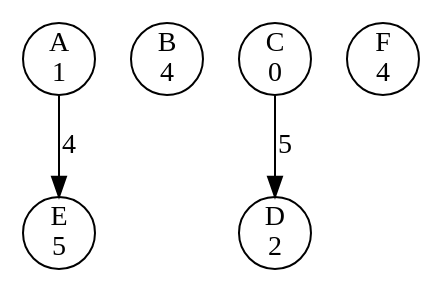
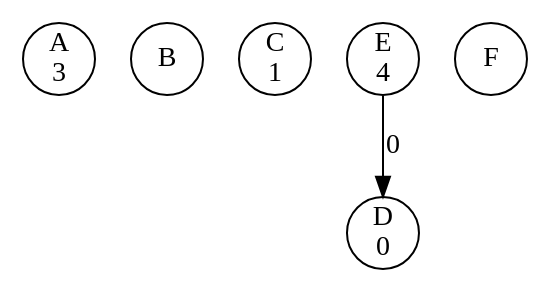
Before and after one commit to li23179/GO: the diagram in concurrency-lab-2/bank/out/0000000024.gv, drawn with Graphviz. The commit also changed 110 other files, not shown here.

```diff
--- a/concurrency-lab-2/bank/out/0000000024.gv
+++ b/concurrency-lab-2/bank/out/0000000024.gv
@@ -1,10 +1,9 @@
 digraph bank {
-	 0 [label= "A\n1" , pos= "1,0!" , shape=circle, fixedsize=true, width=0.5 ]
-	 1 [label= "B\n4" , pos= "0,1!" , shape=circle, fixedsize=true, width=0.5 ]
-	 2 [label= "C\n0" , pos= "1,2!" , shape=circle, fixedsize=true, width=0.5 ]
-	 3 [label= "D\n2" , pos= "2,2!" , shape=circle, fixedsize=true, width=0.5 ]
-	 4 [label= "E\n5" , pos= "3,1!" , shape=circle, fixedsize=true, width=0.5 ]
-	 5 [label= "F\n4" , pos= "2,0!" , shape=circle, fixedsize=true, width=0.5 ]
-	 "2" -> "3" [label= "5" ]
-	 "0" -> "4" [label= "4" ]
+	 0 [label= "A\n3" , pos= "1,0!" , shape=circle, fixedsize=true, width=0.5 ]
+	 1 [label= "B\n" , pos= "0,1!" , shape=circle, fixedsize=true, width=0.5 ]
+	 2 [label= "C\n1" , pos= "1,2!" , shape=circle, fixedsize=true, width=0.5 ]
+	 3 [label= "D\n0" , pos= "2,2!" , shape=circle, fixedsize=true, width=0.5 ]
+	 4 [label= "E\n4" , pos= "3,1!" , shape=circle, fixedsize=true, width=0.5 ]
+	 5 [label= "F\n" , pos= "2,0!" , shape=circle, fixedsize=true, width=0.5 ]
+	 "4" -> "3" [label= "0" ]
 }
```
